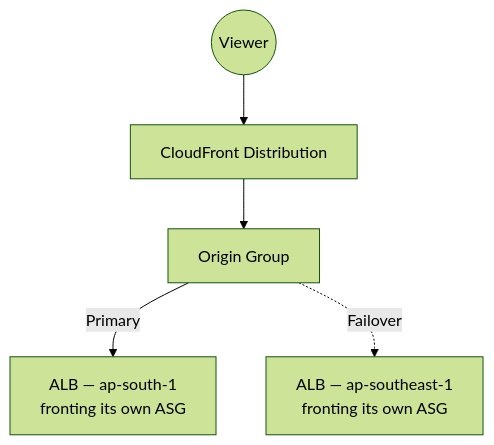
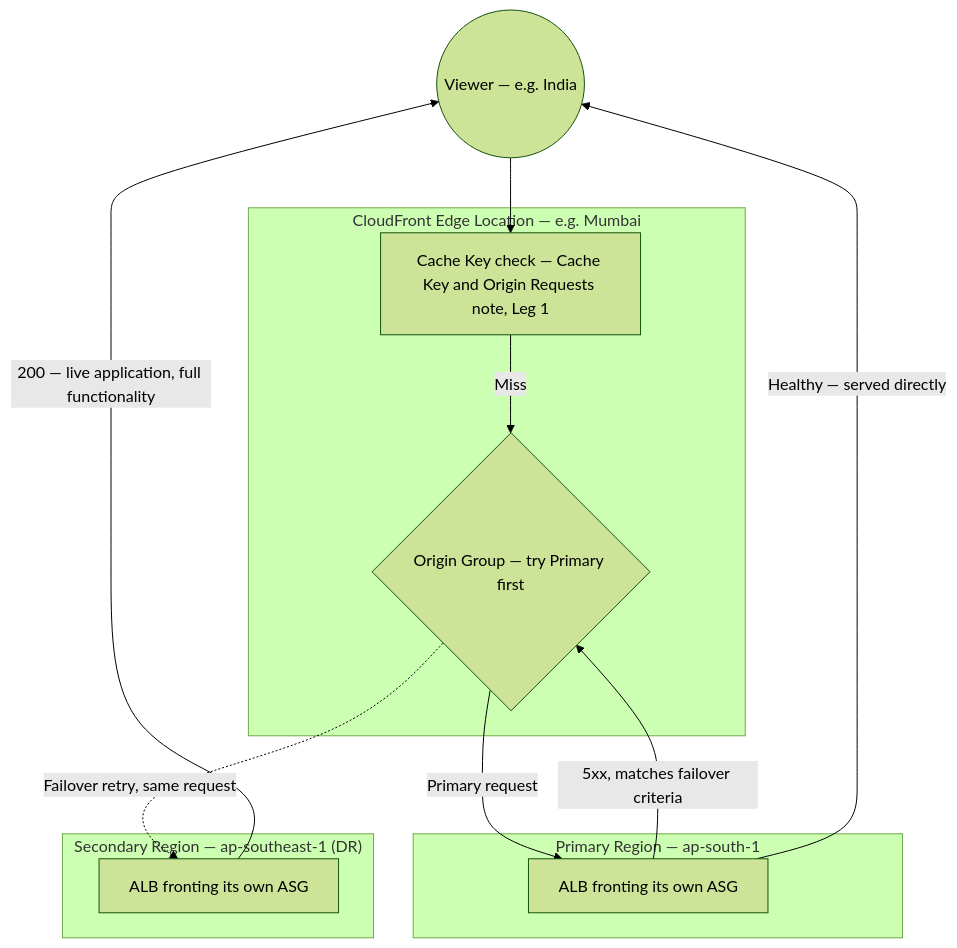
Before and after one commit to msdeepak052/AWS_Imp_Concepts: the first of 2 diagrams in Cloudfront_CDN/16-CloudFront-Origin-Group-Lab2-Geographical-Failover-LB-HandsOn.md, drawn with Mermaid (forest theme). The commit also changed other lines of this file and 6 other files, not shown here.

````diff
--- a/Cloudfront_CDN/16-CloudFront-Origin-Group-Lab2-Geographical-Failover-LB-HandsOn.md
+++ b/Cloudfront_CDN/16-CloudFront-Origin-Group-Lab2-Geographical-Failover-LB-HandsOn.md
@@ -17,7 +17,25 @@
 ```mermaid
 flowchart TB
-    U((Viewer)) --> CF["CloudFront Distribution"]
-    CF --> OG["Origin Group"]
-    OG -->|Primary| ALB1["ALB — ap-south-1<br/>fronting its own ASG"]
-    OG -.Failover.-> ALB2["ALB — ap-southeast-1<br/>fronting its own ASG"]
+    U((Viewer — e.g. India))
+
+    subgraph EDGE["CloudFront Edge Location — e.g. Mumbai"]
+        CK["Cache Key check — Cache Key and Origin Requests note, Leg 1"]
+        OG{"Origin Group — try Primary first"}
+    end
+
+    subgraph PRIMARY["Primary Region — ap-south-1"]
+        ALB1["ALB fronting its own ASG"]
+    end
+
+    subgraph SECONDARY["Secondary Region — ap-southeast-1 (DR)"]
+        ALB2["ALB fronting its own ASG"]
+    end
+
+    U --> CK
+    CK -->|"Miss"| OG
+    OG -->|"Primary request"| ALB1
+    ALB1 -->|"5xx, matches failover criteria"| OG
+    OG -.->|"Failover retry, same request"| ALB2
+    ALB1 -->|"Healthy — served directly"| U
+    ALB2 -->|"200 — live application, full functionality"| U
 ```
````
